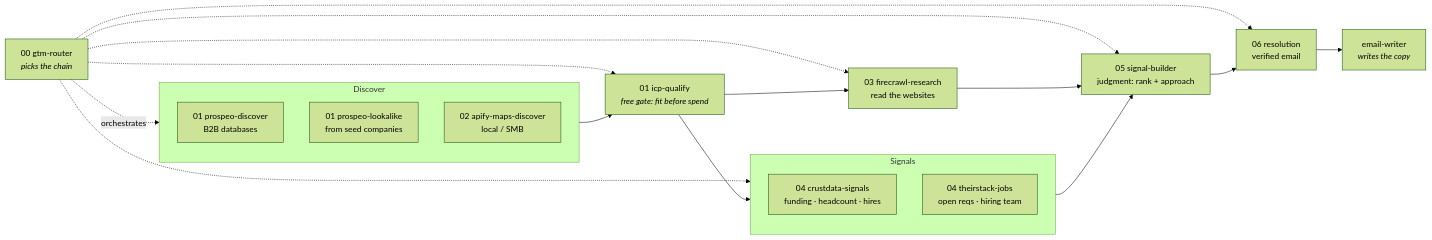
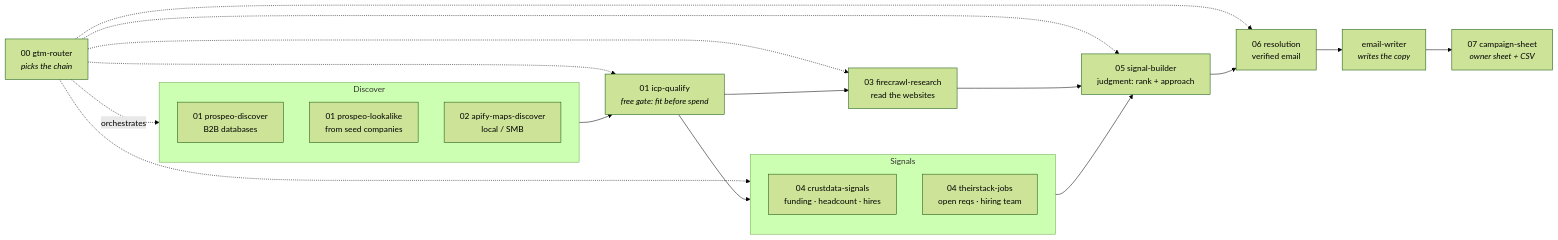
The diagram in README.md (Zevenue/headless-gtm), drawn with Mermaid (forest theme) before and after one commit. The commit also changed other lines of this file and 63 other files, not shown here.

````diff
--- a/README.md
+++ b/README.md
@@ -24,29 +25,30 @@
 ```mermaid
 flowchart LR
     R["00 gtm-router<br/><i>picks the chain</i>"]
 
     subgraph DISC["Discover"]
       D1["01 prospeo-discover<br/>B2B databases"]
       D2["01 prospeo-lookalike<br/>from seed companies"]
       D3["02 apify-maps-discover<br/>local / SMB"]
     end
 
     Q["01 icp-qualify<br/><i>free gate: fit before spend</i>"]
     E["03 firecrawl-research<br/>read the websites"]
 
     subgraph SIG["Signals"]
       S1["04 crustdata-signals<br/>funding · headcount · hires"]
       S2["04 theirstack-jobs<br/>open reqs · hiring team"]
     end
 
     J["05 signal-builder<br/>judgment: rank + approach"]
     RES["06 resolution<br/>verified email"]
     W["email-writer<br/><i>writes the copy</i>"]
+    CS["07 campaign-sheet<br/><i>owner sheet + CSV</i>"]
 
     R -.orchestrates.-> DISC
     R -.-> Q & E & SIG & J & RES
     DISC --> Q
     Q --> E --> J
     Q --> SIG --> J
-    J --> RES --> W
+    J --> RES --> W --> CS
 ```
````
